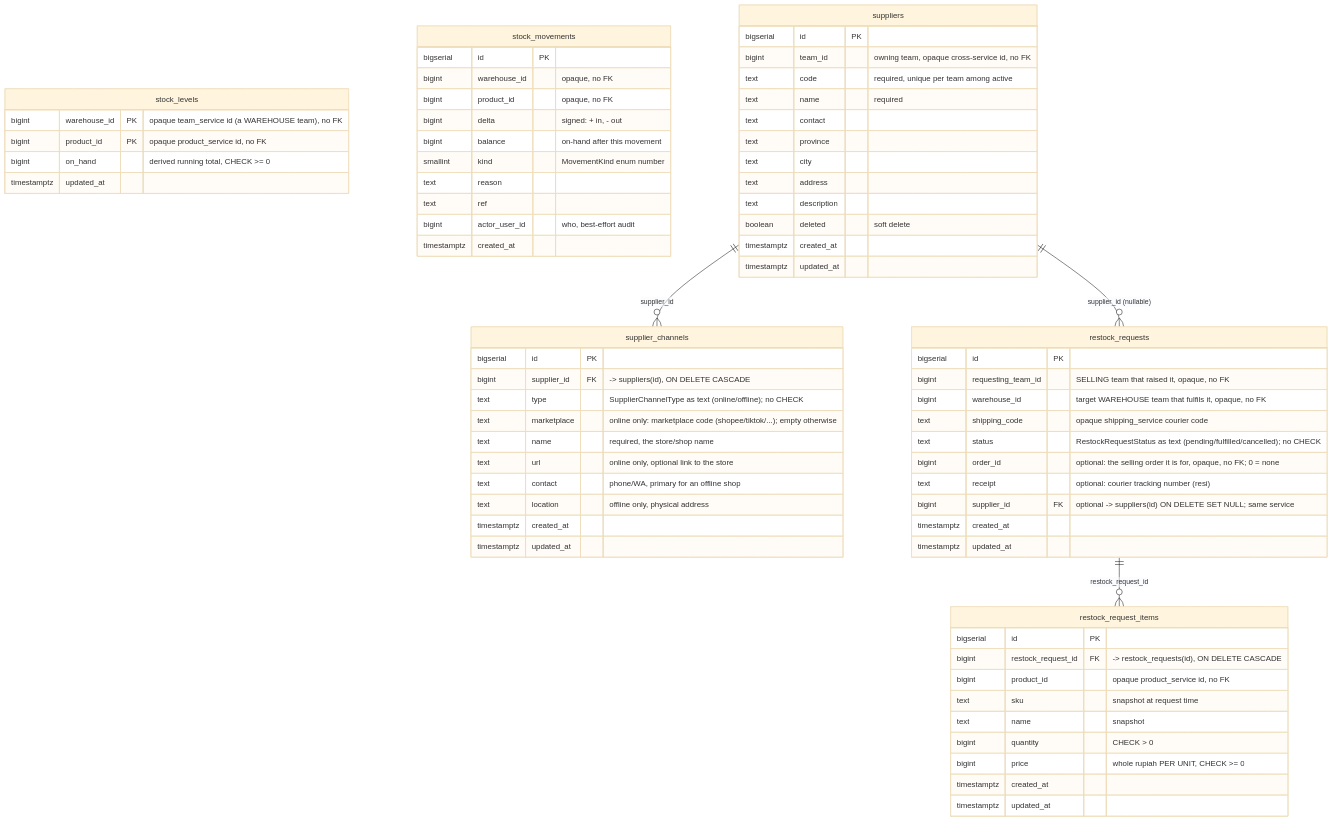
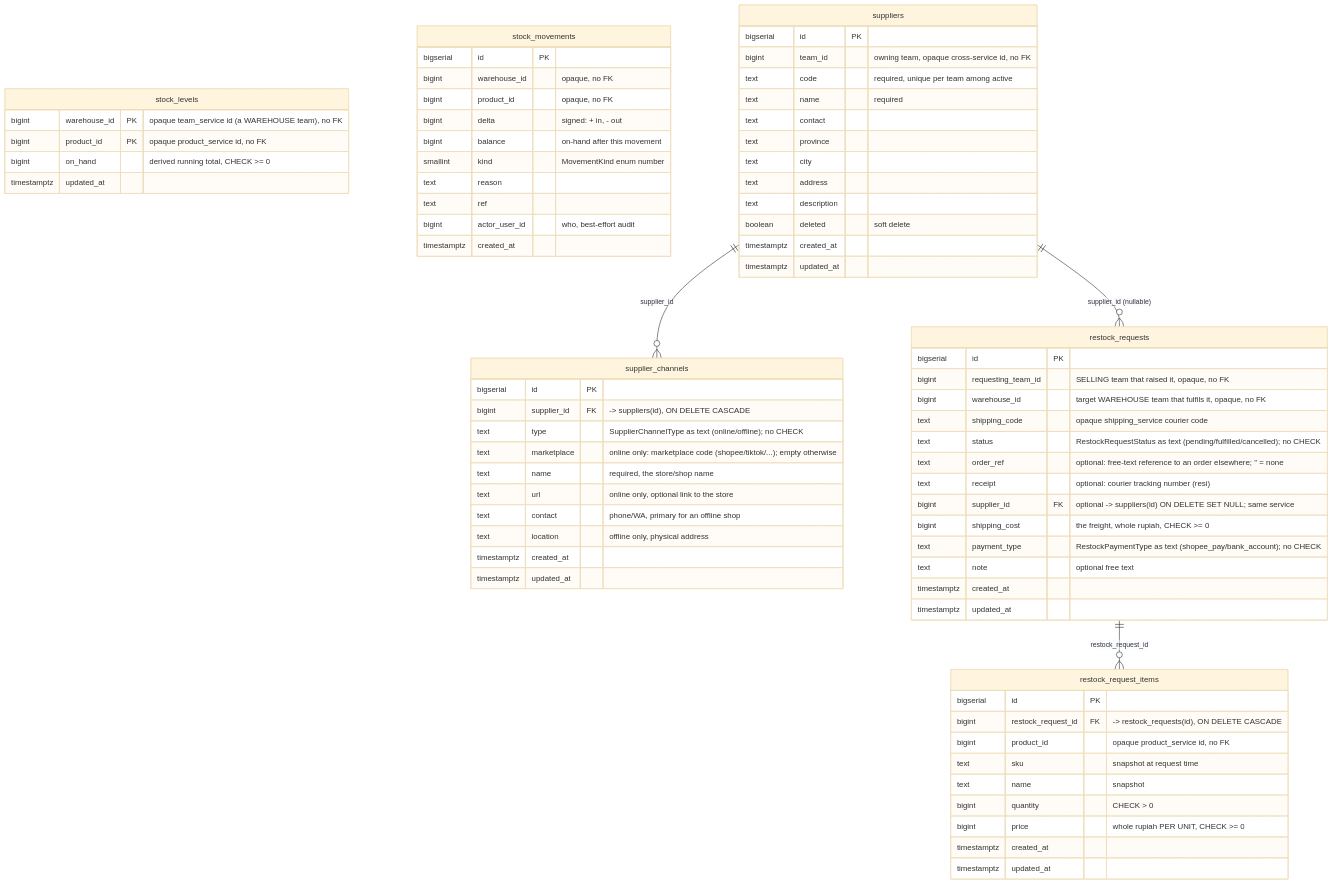
One commit to pdcgo/warehouse_revamp changed the eighth of 10 diagrams in docs/database-schema.md. Above: the diagram before and after it, drawn with Mermaid (base theme). The commit also changed other lines of this file and 13 other files, not shown here.

```diff
--- a/docs/database-schema.md
+++ b/docs/database-schema.md
@@ -407,9 +407,12 @@
         bigint      warehouse_id       "target WAREHOUSE team that fulfils it, opaque, no FK"
         text        shipping_code      "opaque shipping_service courier code"
         text        status             "RestockRequestStatus as text (pending/fulfilled/cancelled); no CHECK"
-        bigint      order_id           "optional: the selling order it is for, opaque, no FK; 0 = none"
+        text        order_ref          "optional: free-text reference to an order elsewhere; '' = none"
         text        receipt            "optional: courier tracking number (resi)"
         bigint      supplier_id        FK "optional -> suppliers(id) ON DELETE SET NULL; same service"
+        bigint      shipping_cost      "the freight, whole rupiah, CHECK >= 0"
+        text        payment_type       "RestockPaymentType as text (shopee_pay/bank_account); no CHECK"
+        text        note               "optional free text"
         timestamptz created_at
         timestamptz updated_at
     }
```
